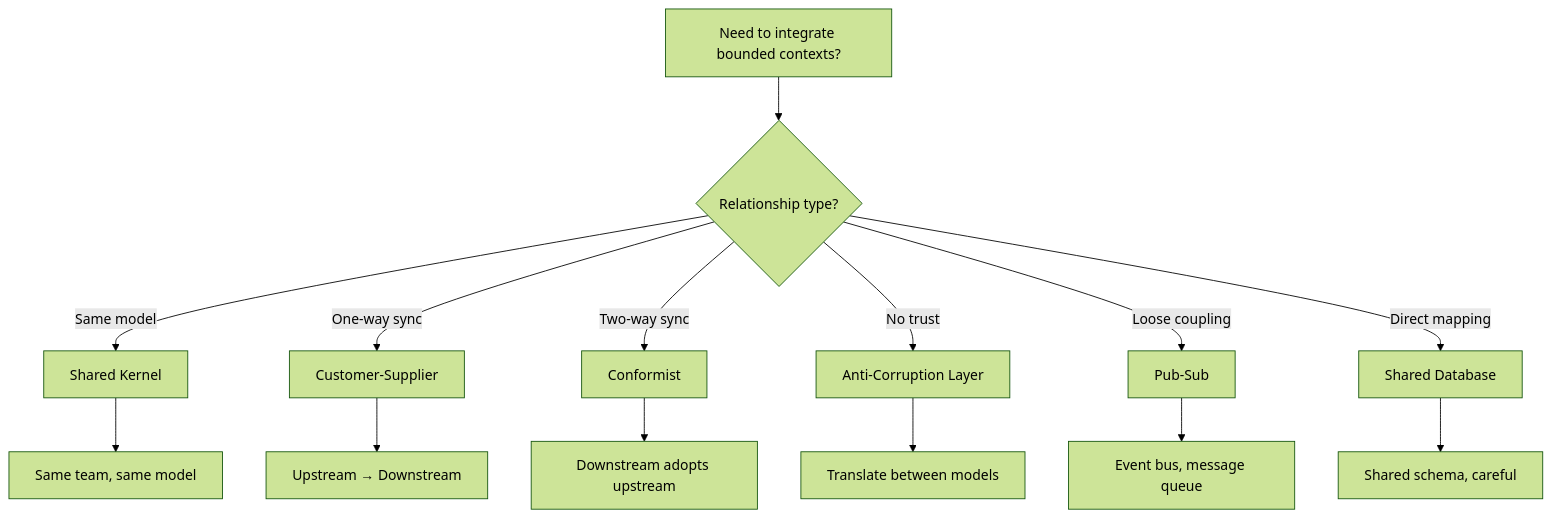
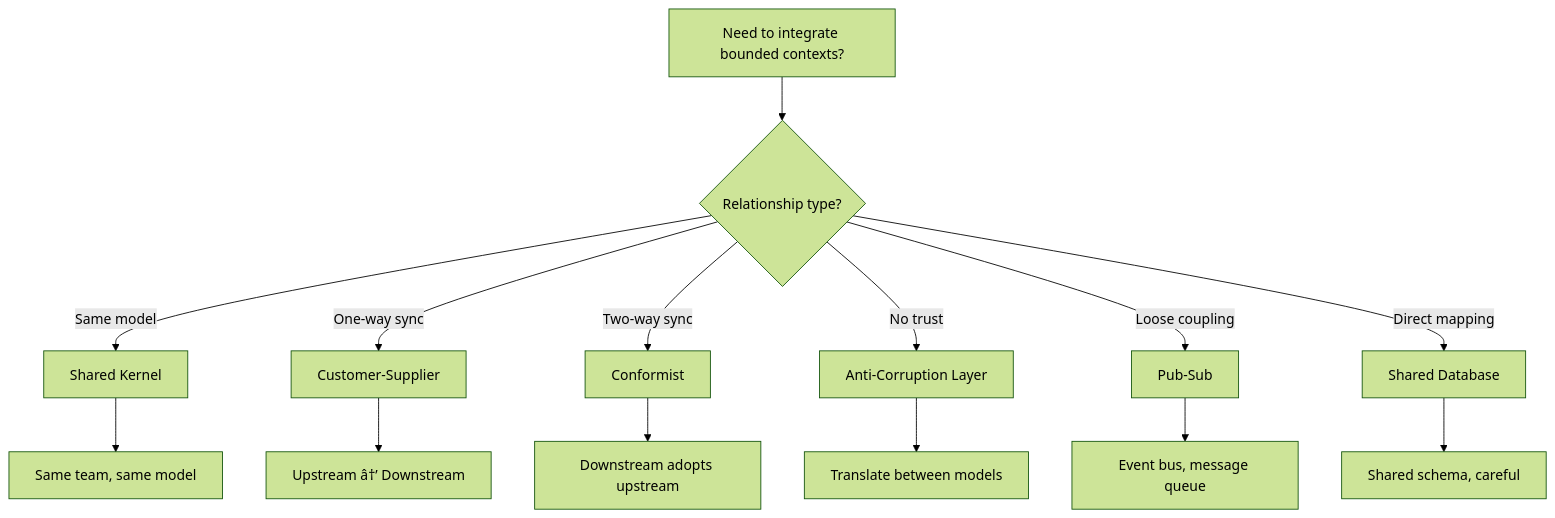
One commit to scottdreinhart/missmetaverse.io changed the diagram in .obsidian-vault/specs/DDD/C03-Context-Map.md. Above: the diagram before and after it, drawn with Mermaid (forest theme). The commit also changed other lines of this file and 542 other files, not shown here.

````diff
--- a/.obsidian-vault/specs/DDD/C03-Context-Map.md
+++ b/.obsidian-vault/specs/DDD/C03-Context-Map.md
@@ -95,17 +82,17 @@
 ```mermaid
 graph TD
     A[Need to integrate bounded contexts?]
     A --> B{Relationship type?}
     B -->|Same model| C[Shared Kernel]
     B -->|One-way sync| D[Customer-Supplier]
     B -->|Two-way sync| E[Conformist]
     B -->|No trust| F[Anti-Corruption Layer]
     B -->|Loose coupling| G[Pub-Sub]
     B -->|Direct mapping| H[Shared Database]
     C --> I[Same team, same model]
-    D --> J[Upstream → Downstream]
+    D --> J[Upstream â†’ Downstream]
     E --> K[Downstream adopts upstream]
     F --> L[Translate between models]
     G --> M[Event bus, message queue]
     H --> N[Shared schema, careful]
 ```
````
